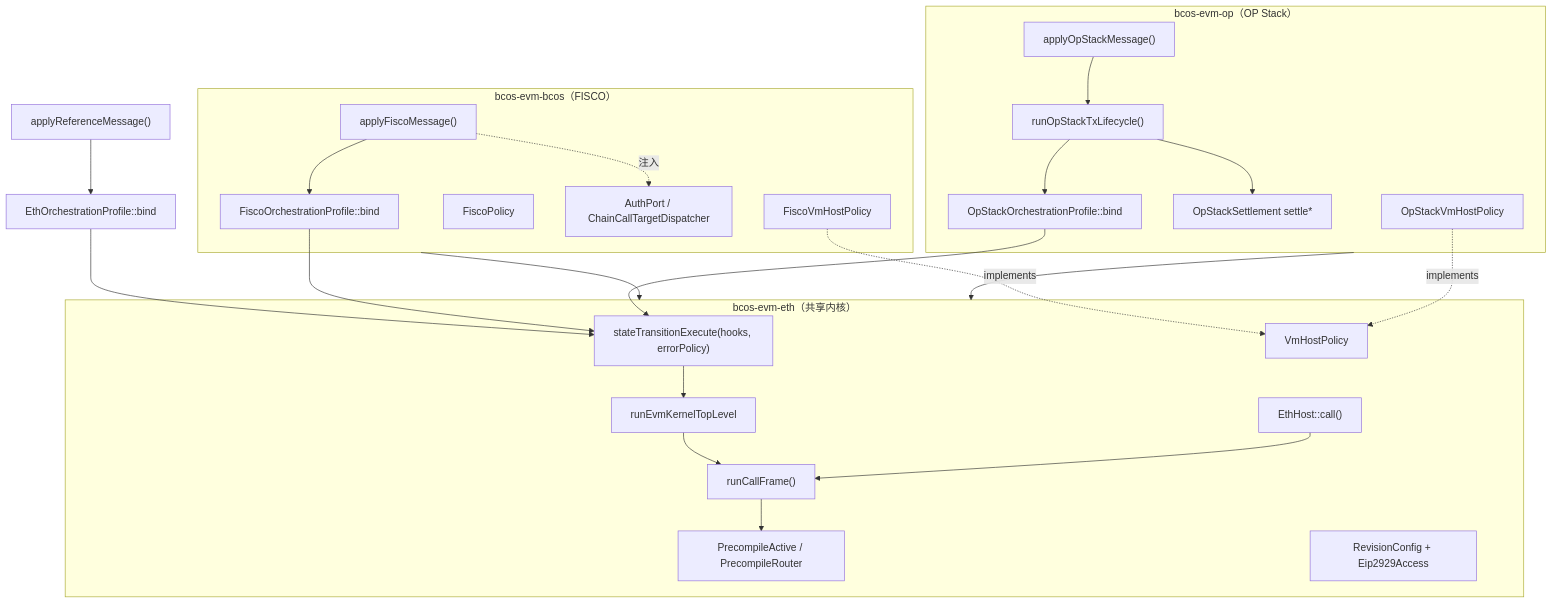
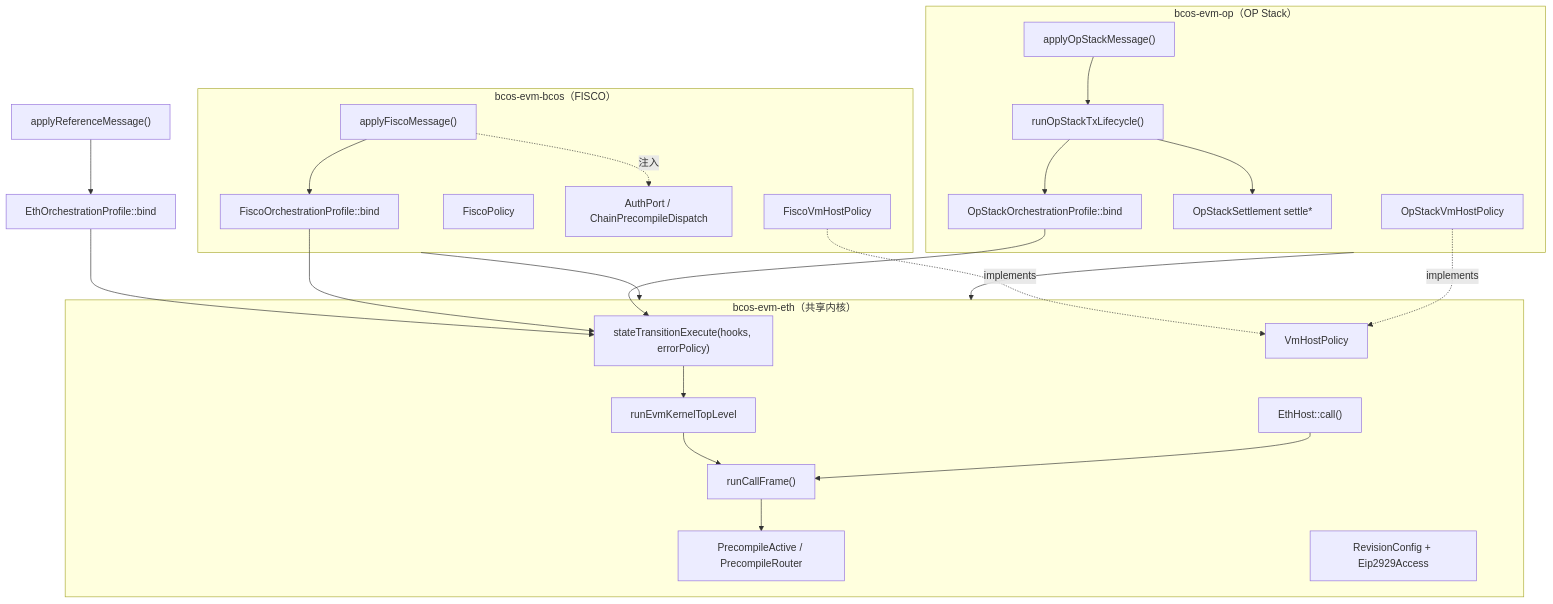
Before and after one commit to ywy2090/FISCO-BCOS: the diagram in bcos-evm/docs/architecture-overview.md, drawn with Mermaid. The commit also changed other lines of this file and 44 other files, not shown here.

````diff
--- a/bcos-evm/docs/architecture-overview.md
+++ b/bcos-evm/docs/architecture-overview.md
@@ -36,41 +36,41 @@
 ```mermaid
 graph TD
     subgraph kernel["bcos-evm-eth（共享内核）"]
         RO["stateTransitionExecute(hooks, errorPolicy)"]
         TEA["runEvmKernelTopLevel"]
         EF["runCallFrame()"]
         PA["PrecompileActive / PrecompileRouter"]
         EH["EthHost::call()"]
         VHP["VmHostPolicy"]
         RC["RevisionConfig + Eip2929Access"]
     end
     subgraph bcos["bcos-evm-bcos（FISCO）"]
         FEB["applyFiscoMessage()"]
         FOP["FiscoOrchestrationProfile::bind"]
         FVP["FiscoVmHostPolicy"]
         FP["FiscoPolicy"]
-        PORTS["AuthPort / ChainCallTargetDispatcher"]
+        PORTS["AuthPort / ChainPrecompileDispatch"]
     end
     subgraph op["bcos-evm-op（OP Stack）"]
         OEB["applyOpStackMessage()"]
         OTL["runOpStackTxLifecycle()"]
         OOP["OpStackOrchestrationProfile::bind"]
         OSET["OpStackSettlement settle*"]
         OVP["OpStackVmHostPolicy"]
     end
     ETH["applyReferenceMessage()"] --> EOP["EthOrchestrationProfile::bind"]
     EOP --> RO
     FEB --> FOP --> RO
     OEB --> OTL
     OTL --> OOP --> RO
     OTL --> OSET
     RO --> TEA
     TEA --> EF
     EF --> PA
     EH --> EF
     FVP -.implements.-> VHP
     OVP -.implements.-> VHP
     FEB -. 注入 .-> PORTS
     bcos --> kernel
     op --> kernel
 ```
````
